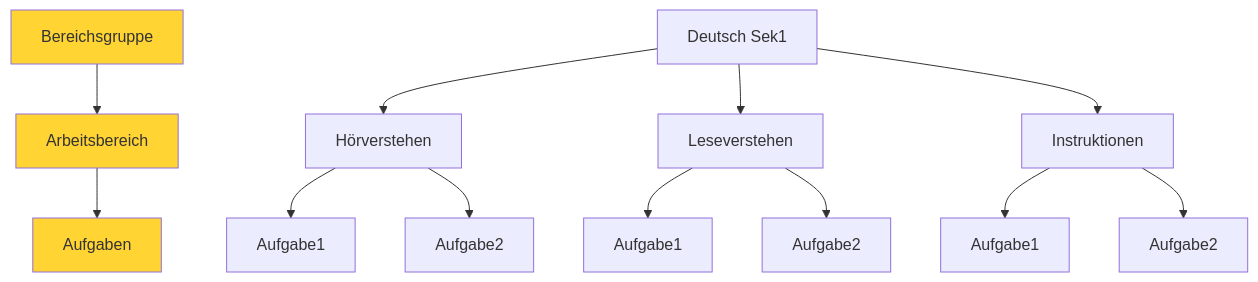
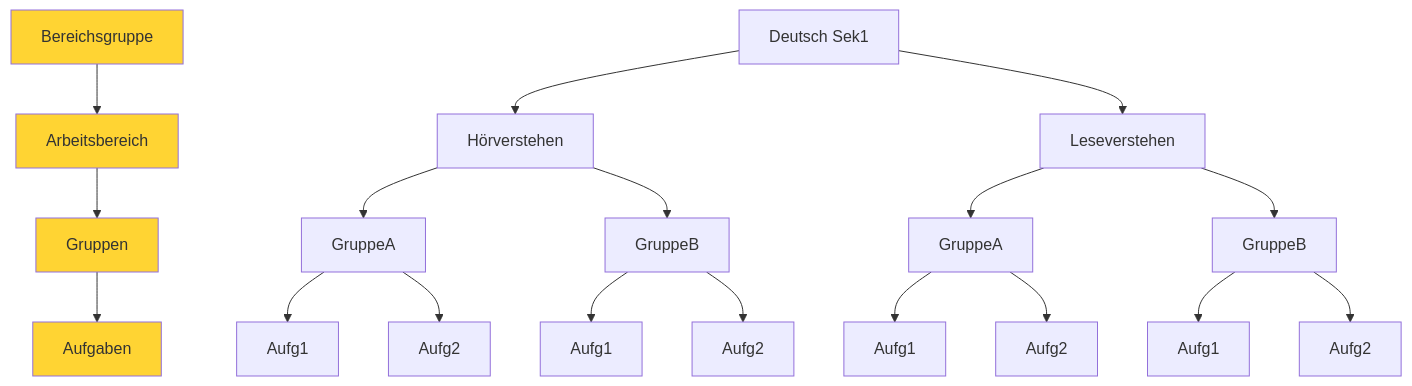
The diagram in Studio/Arbeitsbereiche/Bereichsgruppen/index.qmd (iqb-berlin/tba-info), drawn with Mermaid before and after one commit. The commit also changed 10 other files, not shown here.

````diff
--- a/Studio/Arbeitsbereiche/Bereichsgruppen/index.qmd
+++ b/Studio/Arbeitsbereiche/Bereichsgruppen/index.qmd
@@ -10,20 +10,27 @@
 ```{mermaid}
 flowchart TD
   Bereichsgruppe
   style Bereichsgruppe fill:#ffd433
   Arbeitsbereich
   style Arbeitsbereich fill:#ffd433
+  Gruppen
+  style Gruppen fill:#ffd433
   Aufgaben
   style Aufgaben fill:#ffd433
-  Bereichsgruppe --> Arbeitsbereich --> Aufgaben
+  Bereichsgruppe --> Arbeitsbereich --> Gruppen --> Aufgaben
   A[Deutsch Sek1] --> B[Hörverstehen]
   A[Deutsch Sek1] --> C[Leseverstehen]
-  A[Deutsch Sek1] --> D[Instruktionen]
-  B --> E[Aufgabe1]
-  B --> F[Aufgabe2]
-  C --> H[Aufgabe1]
-  C --> I[Aufgabe2]
-  D --> K[Aufgabe1]
-  D --> L[Aufgabe2]
+  B --> D[GruppeA]
+  B --> E[GruppeB]
+  C --> F[GruppeA]
+  C --> G[GruppeB]
+  D --> H[Aufg1]
+  D --> I[Aufg2]
+  E --> J[Aufg1]
+  E --> K[Aufg2]
+  F --> L[Aufg1]
+  F --> M[Aufg2]
+  G --> N[Aufg1]
+  G --> O[Aufg2]
   
 ```
````
